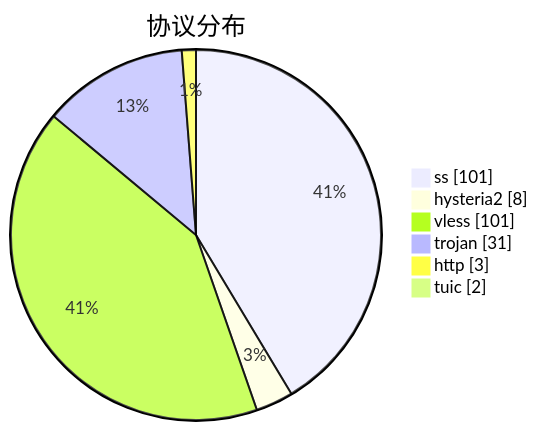
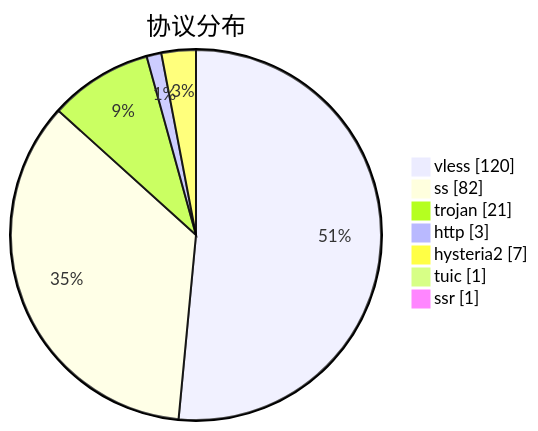
Before and after one commit to qjlxg/airport: the third of 3 diagrams in subs/statistics/tested_within.md, drawn with Mermaid. The commit also changed other lines of this file and 2 other files, not shown here.

````diff
--- a/subs/statistics/tested_within.md
+++ b/subs/statistics/tested_within.md
@@ -32,10 +27,11 @@
 ```mermaid
 pie showData
 title 协议分布
-"ss" : 101
-"hysteria2" : 8
-"vless" : 101
-"trojan" : 31
+"vless" : 120
+"ss" : 82
+"trojan" : 21
 "http" : 3
-"tuic" : 2
+"hysteria2" : 7
+"tuic" : 1
+"ssr" : 1
 ```
````
